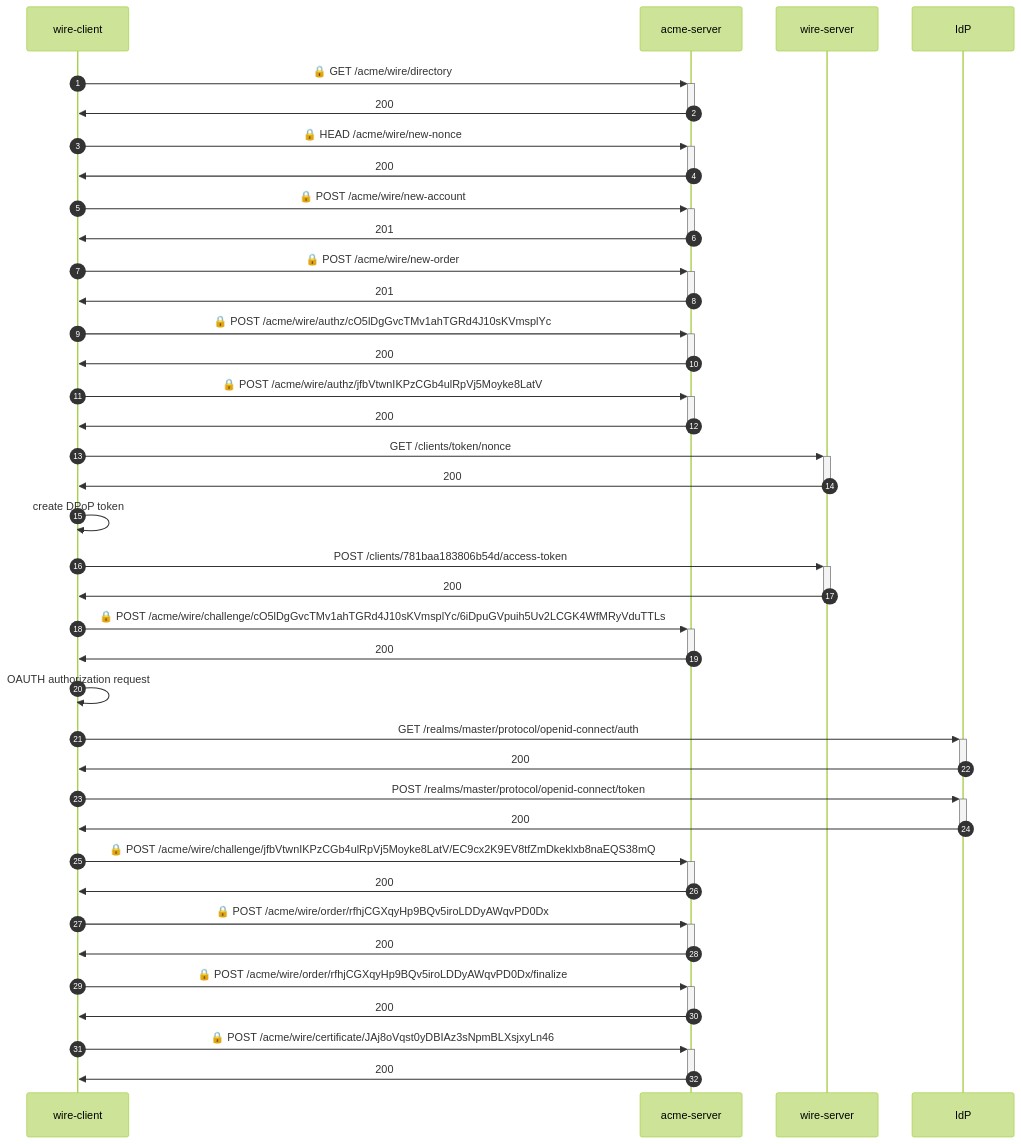
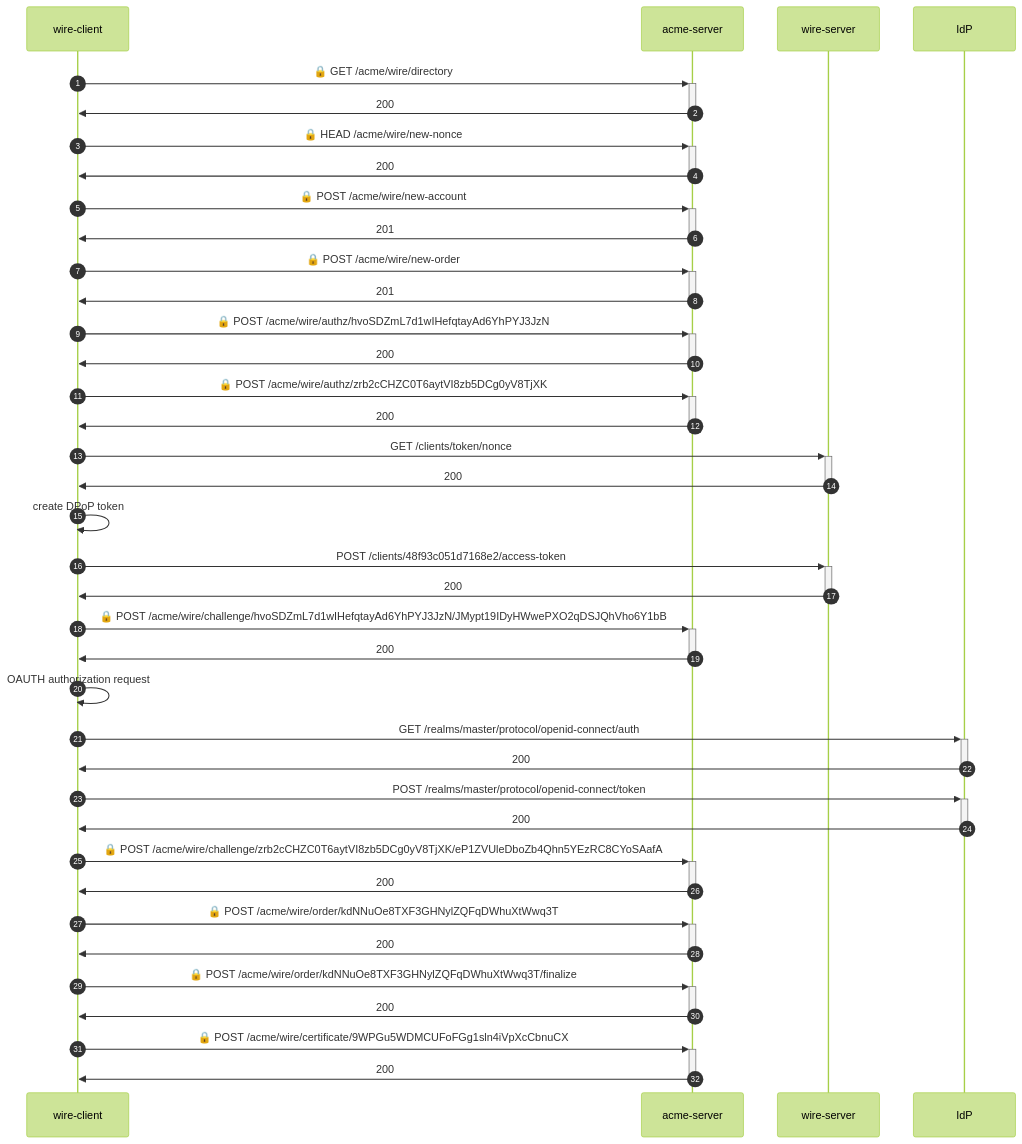
One commit to wireapp/rusty-jwt-tools changed the diagram in e2e-identity/README.md. Above: the diagram before and after it, drawn with Mermaid (forest theme). The commit also changed other lines of this file, not shown here.

````diff
--- a/e2e-identity/README.md
+++ b/e2e-identity/README.md
@@ -3,36 +3,36 @@
 ```mermaid
 sequenceDiagram
     autonumber
     wire-client->>+acme-server: 🔒 GET /acme/wire/directory
     acme-server->>-wire-client: 200
     wire-client->>+acme-server: 🔒 HEAD /acme/wire/new-nonce
     acme-server->>-wire-client: 200
     wire-client->>+acme-server: 🔒 POST /acme/wire/new-account
     acme-server->>-wire-client: 201
     wire-client->>+acme-server: 🔒 POST /acme/wire/new-order
     acme-server->>-wire-client: 201
-    wire-client->>+acme-server: 🔒 POST /acme/wire/authz/cO5lDgGvcTMv1ahTGRd4J10sKVmsplYc
+    wire-client->>+acme-server: 🔒 POST /acme/wire/authz/hvoSDZmL7d1wIHefqtayAd6YhPYJ3JzN
     acme-server->>-wire-client: 200
-    wire-client->>+acme-server: 🔒 POST /acme/wire/authz/jfbVtwnIKPzCGb4ulRpVj5Moyke8LatV
+    wire-client->>+acme-server: 🔒 POST /acme/wire/authz/zrb2cCHZC0T6aytVI8zb5DCg0yV8TjXK
     acme-server->>-wire-client: 200
     wire-client->>+wire-server:  GET /clients/token/nonce
     wire-server->>-wire-client: 200
     wire-client->>wire-client: create DPoP token
-    wire-client->>+wire-server:  POST /clients/781baa183806b54d/access-token
+    wire-client->>+wire-server:  POST /clients/48f93c051d7168e2/access-token
     wire-server->>-wire-client: 200
-    wire-client->>+acme-server: 🔒 POST /acme/wire/challenge/cO5lDgGvcTMv1ahTGRd4J10sKVmsplYc/6iDpuGVpuih5Uv2LCGK4WfMRyVduTTLs
+    wire-client->>+acme-server: 🔒 POST /acme/wire/challenge/hvoSDZmL7d1wIHefqtayAd6YhPYJ3JzN/JMypt19IDyHWwePXO2qDSJQhVho6Y1bB
     acme-server->>-wire-client: 200
     wire-client->>wire-client: OAUTH authorization request
     wire-client->>+IdP:  GET /realms/master/protocol/openid-connect/auth
     IdP->>-wire-client: 200
     wire-client->>+IdP:  POST /realms/master/protocol/openid-connect/token
     IdP->>-wire-client: 200
-    wire-client->>+acme-server: 🔒 POST /acme/wire/challenge/jfbVtwnIKPzCGb4ulRpVj5Moyke8LatV/EC9cx2K9EV8tfZmDkeklxb8naEQS38mQ
+    wire-client->>+acme-server: 🔒 POST /acme/wire/challenge/zrb2cCHZC0T6aytVI8zb5DCg0yV8TjXK/eP1ZVUleDboZb4Qhn5YEzRC8CYoSAafA
     acme-server->>-wire-client: 200
-    wire-client->>+acme-server: 🔒 POST /acme/wire/order/rfhjCGXqyHp9BQv5iroLDDyAWqvPD0Dx
+    wire-client->>+acme-server: 🔒 POST /acme/wire/order/kdNNuOe8TXF3GHNylZQFqDWhuXtWwq3T
     acme-server->>-wire-client: 200
-    wire-client->>+acme-server: 🔒 POST /acme/wire/order/rfhjCGXqyHp9BQv5iroLDDyAWqvPD0Dx/finalize
+    wire-client->>+acme-server: 🔒 POST /acme/wire/order/kdNNuOe8TXF3GHNylZQFqDWhuXtWwq3T/finalize
     acme-server->>-wire-client: 200
-    wire-client->>+acme-server: 🔒 POST /acme/wire/certificate/JAj8oVqst0yDBIAz3sNpmBLXsjxyLn46
+    wire-client->>+acme-server: 🔒 POST /acme/wire/certificate/9WPGu5WDMCUFoFGg1sln4iVpXcCbnuCX
     acme-server->>-wire-client: 200
 ```
````
